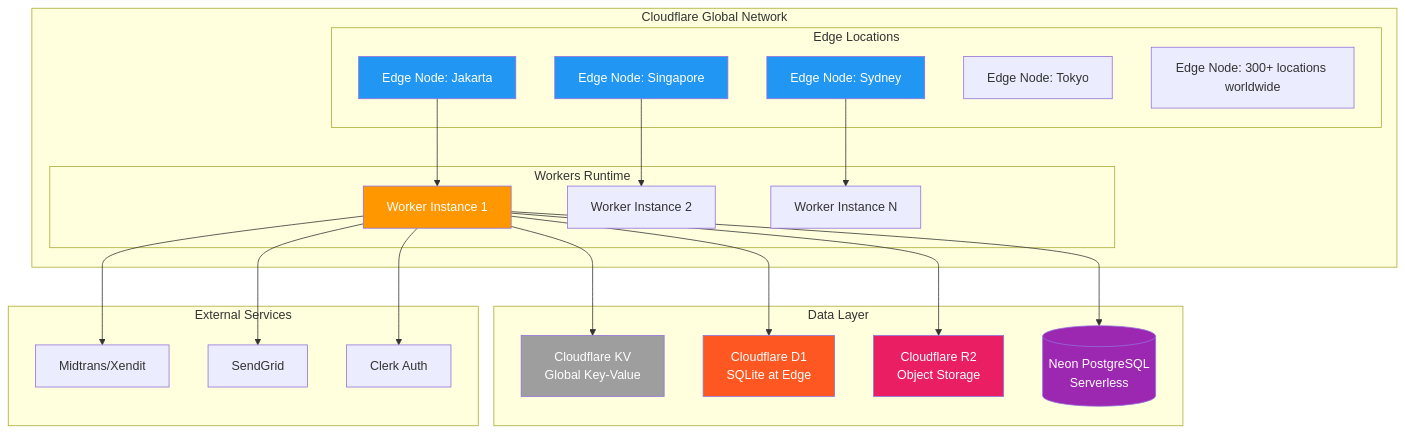
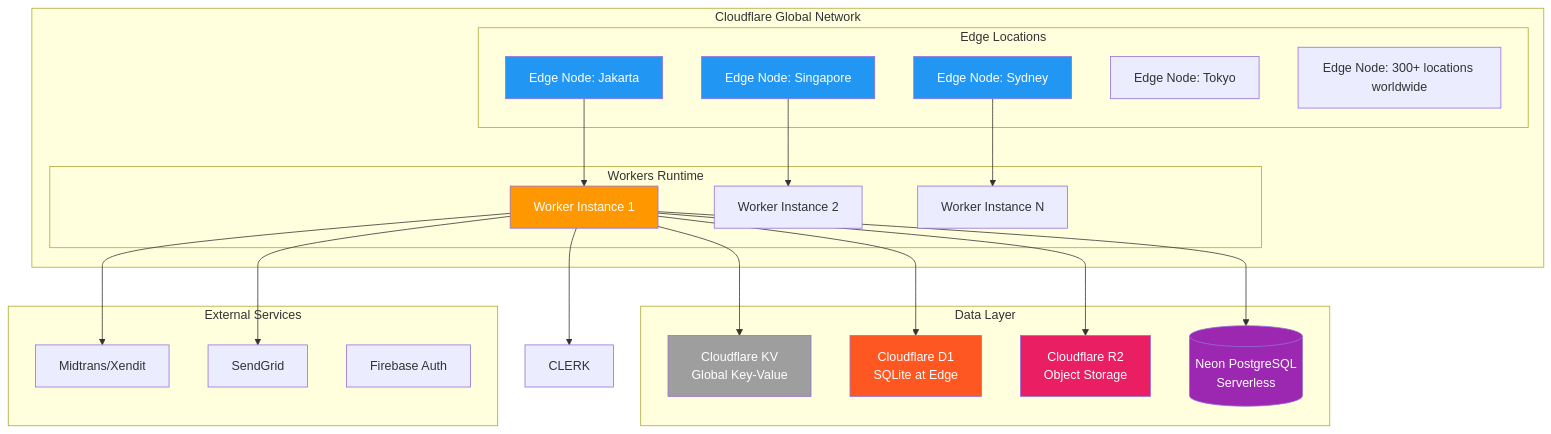
Before and after one commit to kodratIT/ppdb-saas: diagram 27 of 32 in docs/02. TDD-PPDB-SAAS.md, drawn with Mermaid. The commit also changed other lines of this file and 55 other files, not shown here.

````diff
--- a/docs/02. TDD-PPDB-SAAS.md
+++ b/docs/02. TDD-PPDB-SAAS.md
@@ -1721,53 +1676,53 @@
 ```mermaid
 graph TB
     subgraph "Cloudflare Global Network"
         subgraph "Edge Locations"
             E1[Edge Node: Jakarta]
             E2[Edge Node: Singapore]
             E3[Edge Node: Sydney]
             E4[Edge Node: Tokyo]
             E5[Edge Node: 300+ locations worldwide]
         end
         
         subgraph "Workers Runtime"
             WKR1[Worker Instance 1]
             WKR2[Worker Instance 2]
             WKR3[Worker Instance N]
         end
     end
     
     subgraph "Data Layer"
         KV[Cloudflare KV<br/>Global Key-Value]
         D1[Cloudflare D1<br/>SQLite at Edge]
         R2[Cloudflare R2<br/>Object Storage]
         NEON[(Neon PostgreSQL<br/>Serverless)]
     end
     
     subgraph "External Services"
         MIDTRANS[Midtrans/Xendit]
         EMAIL[SendGrid]
-        CLERK[Clerk Auth]
+        FIREBASE[Firebase Auth]
     end
     
     E1 --> WKR1
     E2 --> WKR2
     E3 --> WKR3
     
     WKR1 --> KV
     WKR1 --> D1
     WKR1 --> R2
     WKR1 --> NEON
     
     WKR1 --> MIDTRANS
     WKR1 --> EMAIL
     WKR1 --> CLERK
     
     style E1 fill:#2196f3,color:#fff
     style E2 fill:#2196f3,color:#fff
     style E3 fill:#2196f3,color:#fff
     style WKR1 fill:#ff9800,color:#fff
     style KV fill:#9e9e9e,color:#fff
     style D1 fill:#ff5722,color:#fff
     style R2 fill:#e91e63,color:#fff
     style NEON fill:#9c27b0,color:#fff
 ```
````
